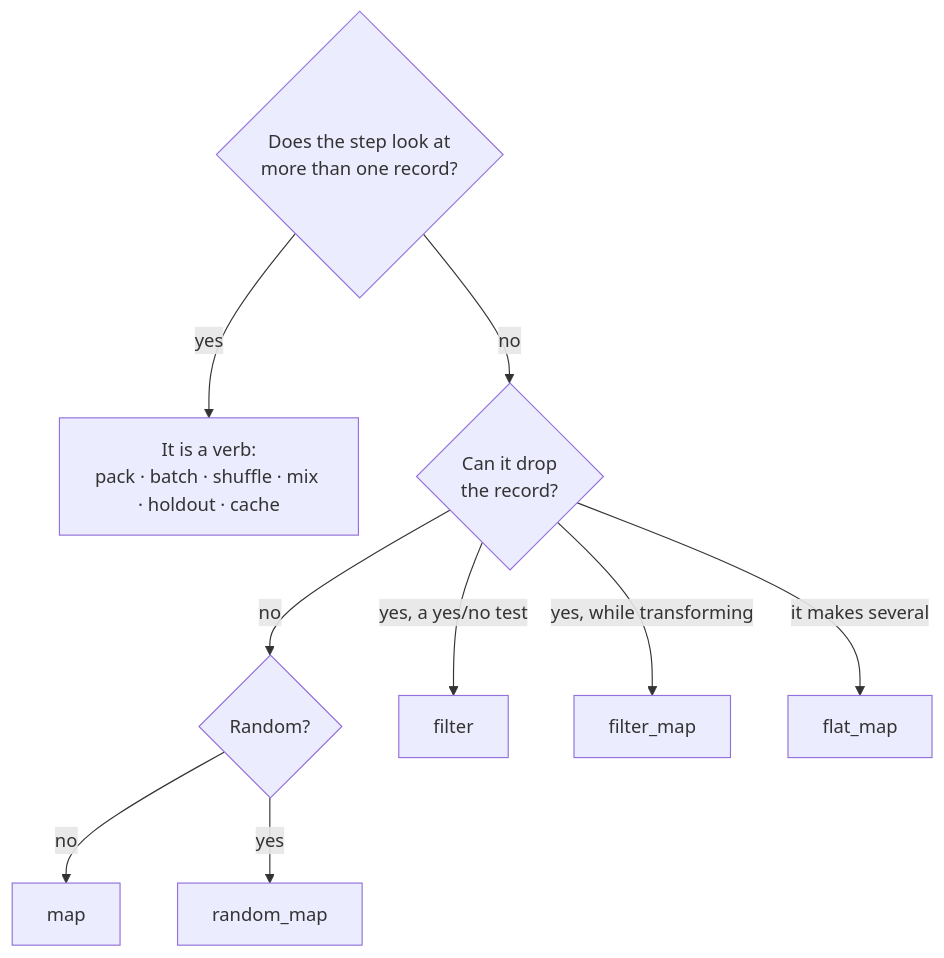
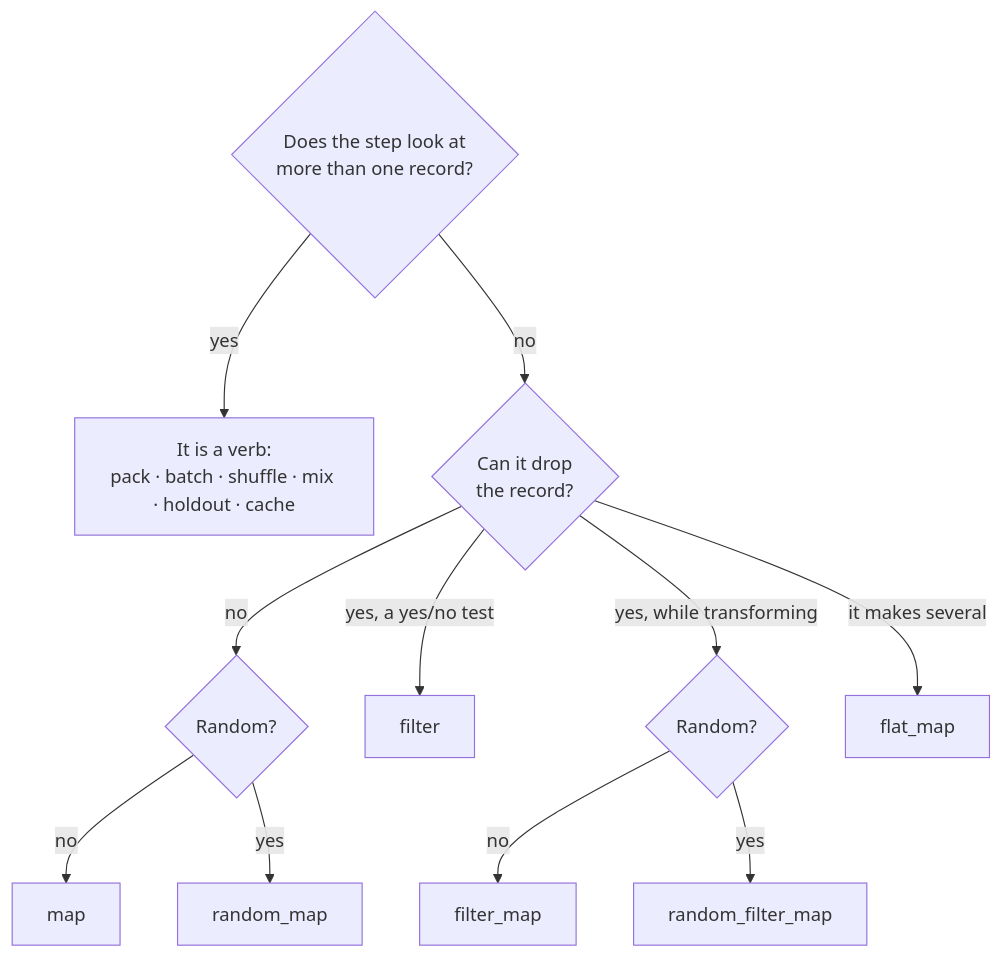
The second of 6 diagrams in docs/design/data.md (AshishKumar4/dew), drawn with Mermaid before and after one commit. The commit also changed other lines of this file and 7 other files, not shown here.

First line of the commit message:
data: random_filter_map draws and drops; filter_map reads the record alone

````diff
--- a/docs/design/data.md
+++ b/docs/design/data.md
@@ -50,12 +51,14 @@
 ```mermaid
 flowchart TD
   F{"Does the step look at<br/>more than one record?"}
   F -- yes --> V["It is a verb:<br/>pack · batch · shuffle · mix · holdout · cache"]
   F -- no --> D{"Can it drop<br/>the record?"}
   D -- no --> Rn{"Random?"}
   Rn -- no --> M["map"]
   Rn -- yes --> RM["random_map"]
   D -- "yes, a yes/no test" --> FI["filter"]
-  D -- "yes, while transforming" --> FM["filter_map"]
+  D -- "yes, while transforming" --> Rt{"Random?"}
+  Rt -- no --> FM["filter_map"]
+  Rt -- yes --> RFM["random_filter_map"]
   D -- "it makes several" --> FLM["flat_map"]
 ```
````
